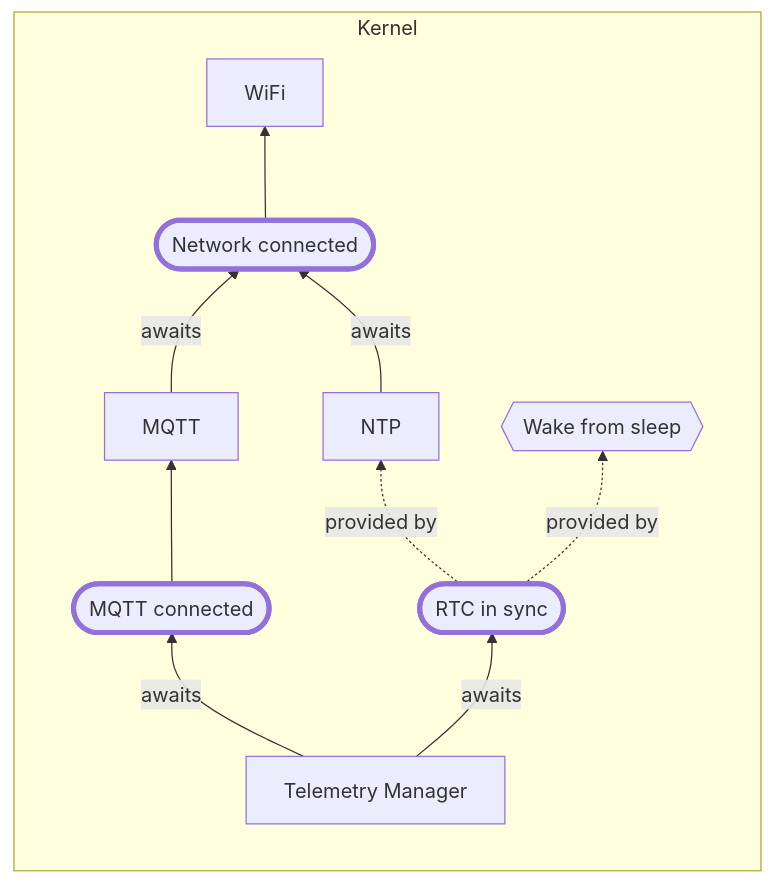
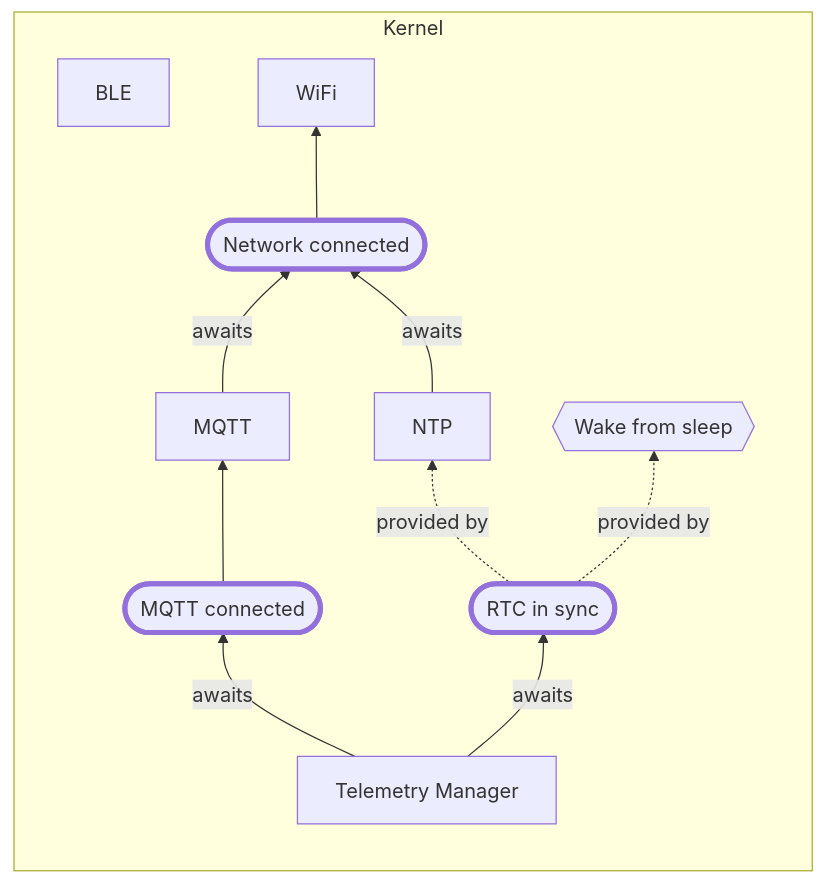
Before and after one commit to cornucopia-machines/ugly-duckling-firmware: the first of 2 diagrams in docs/Architecture.md, drawn with Mermaid. The commit also changed other lines of this file and 5 other files, not shown here.

````diff
--- a/docs/Architecture.md
+++ b/docs/Architecture.md
@@ -25,25 +25,26 @@
 ```mermaid
 graph BT
     subgraph Kernel
         direction BT
+        BLE
         WiFi
         NetworkConnected(["Network connected"])
             style NetworkConnected stroke-width:4
         NTP
         RTCInSync(["RTC in sync"])
             style RTCInSync stroke-width:4
         MQTT
         MQTTConnected(["MQTT connected"])
             style MQTTConnected stroke-width:4
         TelemetryManager["Telemetry Manager"]
 
         NetworkConnected --> WiFi
         MQTT -->|awaits| NetworkConnected
         MQTTConnected --> MQTT
         NTP -->|awaits| NetworkConnected
         RTCInSync -.->|provided by| NTP
         RTCInSync -.->|provided by| PreBoot{{"Wake from sleep"}}
         TelemetryManager -->|awaits| MQTTConnected
         TelemetryManager -->|awaits| RTCInSync
     end
 ```
````
